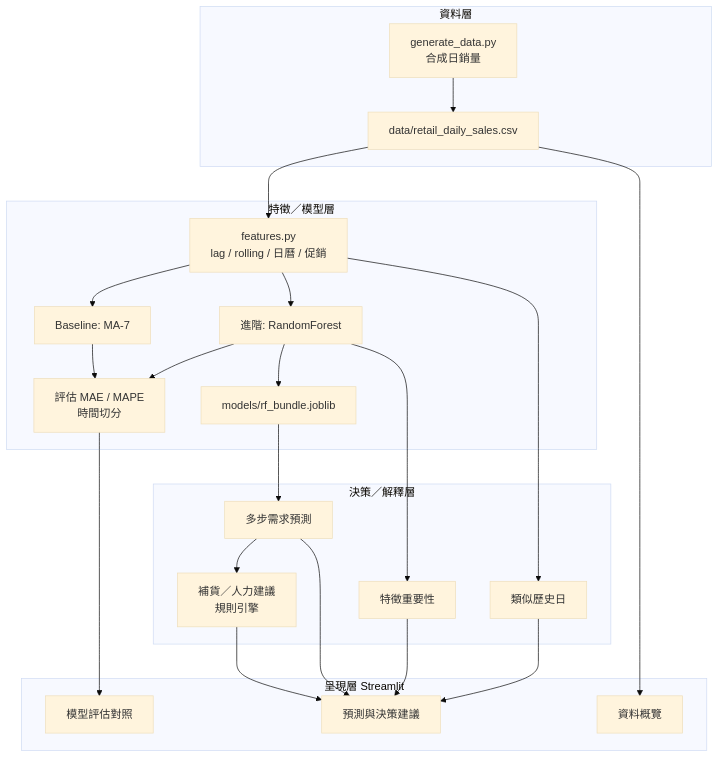
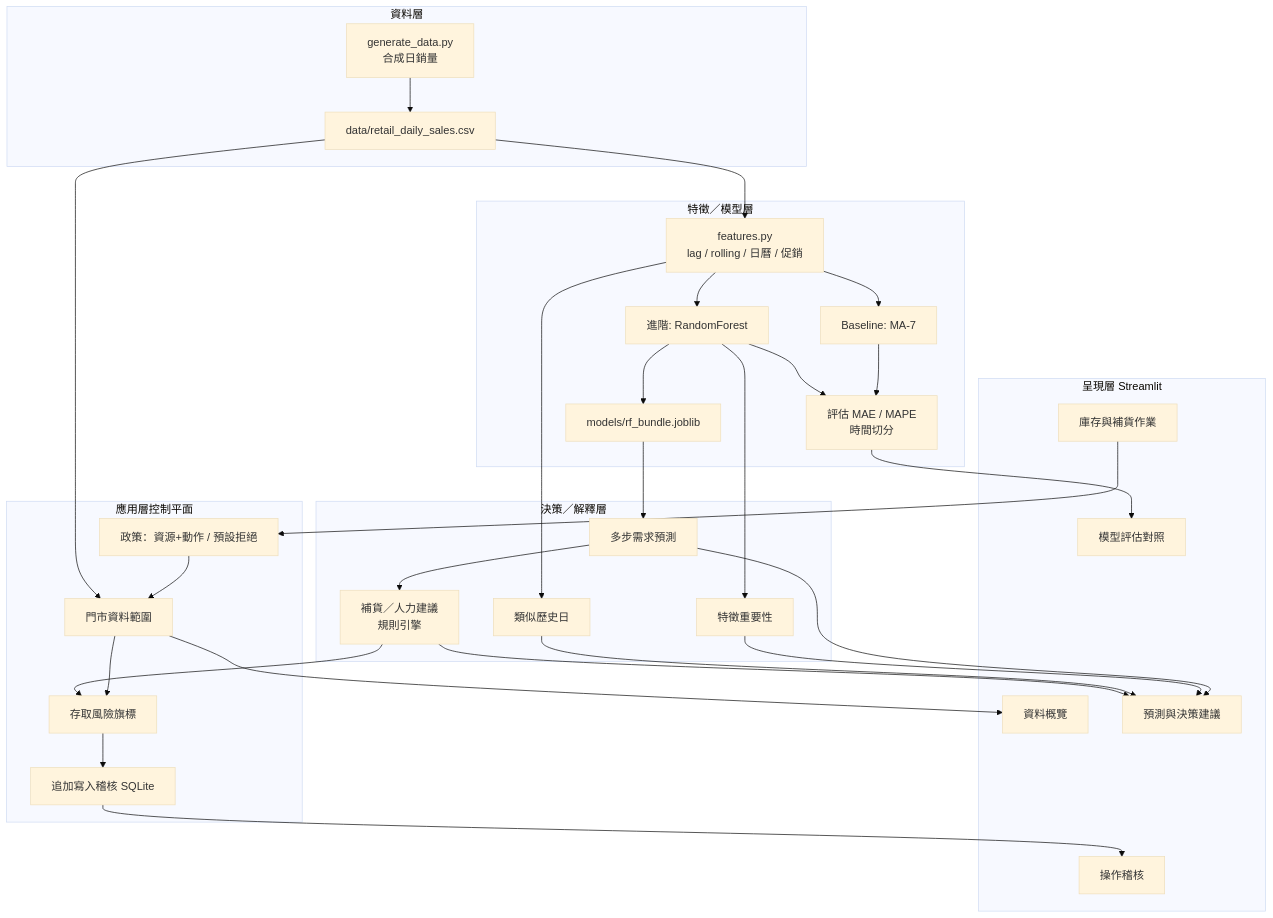
Before and after one commit to Miiduoa/retail-ops-dss: the diagram in docs/架構說明.md, drawn with Mermaid (base theme). The commit also changed other lines of this file and 16 other files, not shown here.

First line of the commit message:
feat: add fine-grained access control, store scope, and audit trail

````diff
--- a/docs/架構說明.md
+++ b/docs/架構說明.md
@@ -9,45 +9,61 @@
 ```mermaid
 flowchart TB
   subgraph Data["資料層"]
     GEN["generate_data.py<br/>合成日銷量"]
     CSV["data/retail_daily_sales.csv"]
     GEN --> CSV
   end
 
   subgraph ML["特徵／模型層"]
     FE["features.py<br/>lag / rolling / 日曆 / 促銷"]
     BL["Baseline: MA-7"]
     RF["進階: RandomForest"]
     EVAL["評估 MAE / MAPE<br/>時間切分"]
     CACHE["models/rf_bundle.joblib"]
     CSV --> FE
     FE --> BL
     FE --> RF
     BL --> EVAL
     RF --> EVAL
     RF --> CACHE
   end
 
   subgraph DSS["決策／解釋層"]
     FC["多步需求預測"]
     IMP["特徵重要性"]
     SIM["類似歷史日"]
     REC["補貨／人力建議<br/>規則引擎"]
     CACHE --> FC
     RF --> IMP
     FE --> SIM
     FC --> REC
   end
 
+  subgraph Access["應用層控制平面"]
+    PDP["政策：資源+動作 / 預設拒絕"]
+    SCOPE["門市資料範圍"]
+    RISK["存取風險旗標"]
+    AUD["追加寫入稽核 SQLite"]
+    PDP --> SCOPE
+    SCOPE --> RISK
+    RISK --> AUD
+  end
+
   subgraph UI["呈現層 Streamlit"]
     P1["資料概覽"]
     P2["預測與決策建議"]
-    P3["模型評估對照"]
+    P3["庫存與補貨作業"]
+    P4["模型評估對照"]
+    P5["操作稽核"]
     FC --> P2
     IMP --> P2
     SIM --> P2
     REC --> P2
-    EVAL --> P3
-    CSV --> P1
+    REC --> RISK
+    EVAL --> P4
+    CSV --> SCOPE
+    SCOPE --> P1
+    AUD --> P5
+    P3 --> PDP
   end
 ```
````
